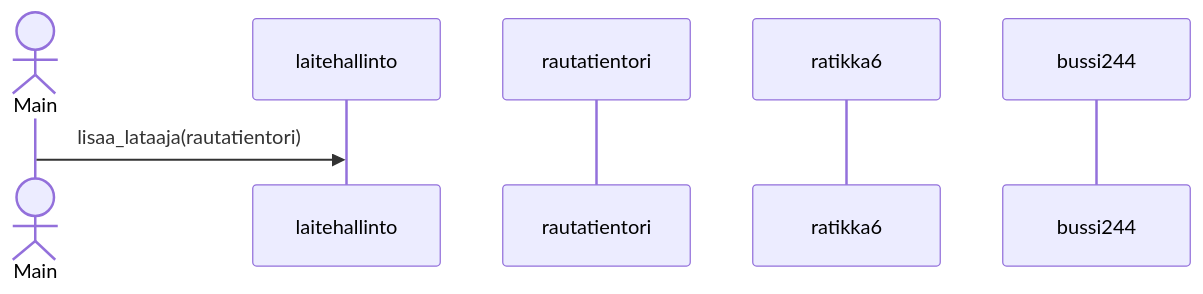
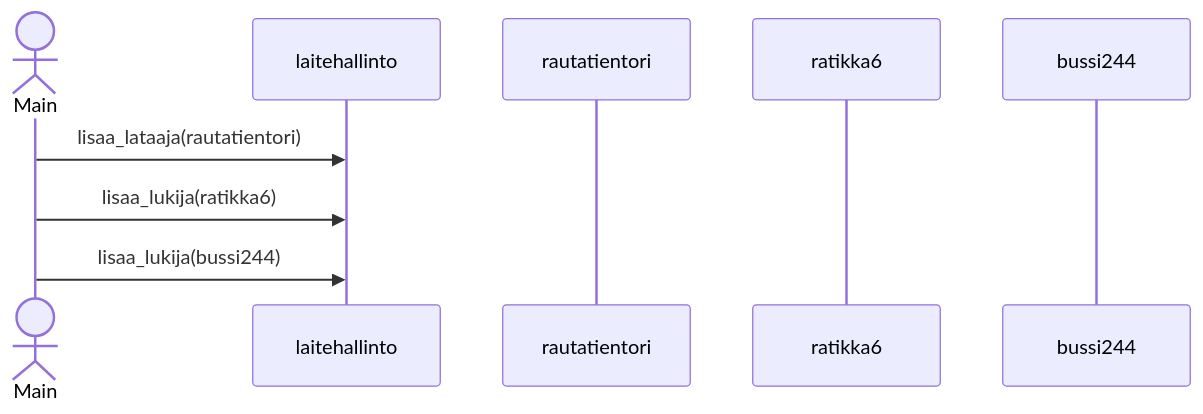
The diagram in laskarit/viikko3/sekvenssikaavio.md (Germuu/ot-harjoitusty-), drawn with Mermaid before and after one commit.

````diff
--- a/laskarit/viikko3/sekvenssikaavio.md
+++ b/laskarit/viikko3/sekvenssikaavio.md
@@ -1,12 +1,15 @@
 ```mermaid
 sequenceDiagram
   actor Main
   participant laitehallinto
   participant rautatientori
   participant ratikka6
   participant bussi244
 
   Main ->> laitehallinto : lisaa_lataaja(rautatientori)
+  Main ->> laitehallinto : lisaa_lukija(ratikka6)
+  Main ->> laitehallinto : lisaa_lukija(bussi244)
+  
 
  
 ```
````
